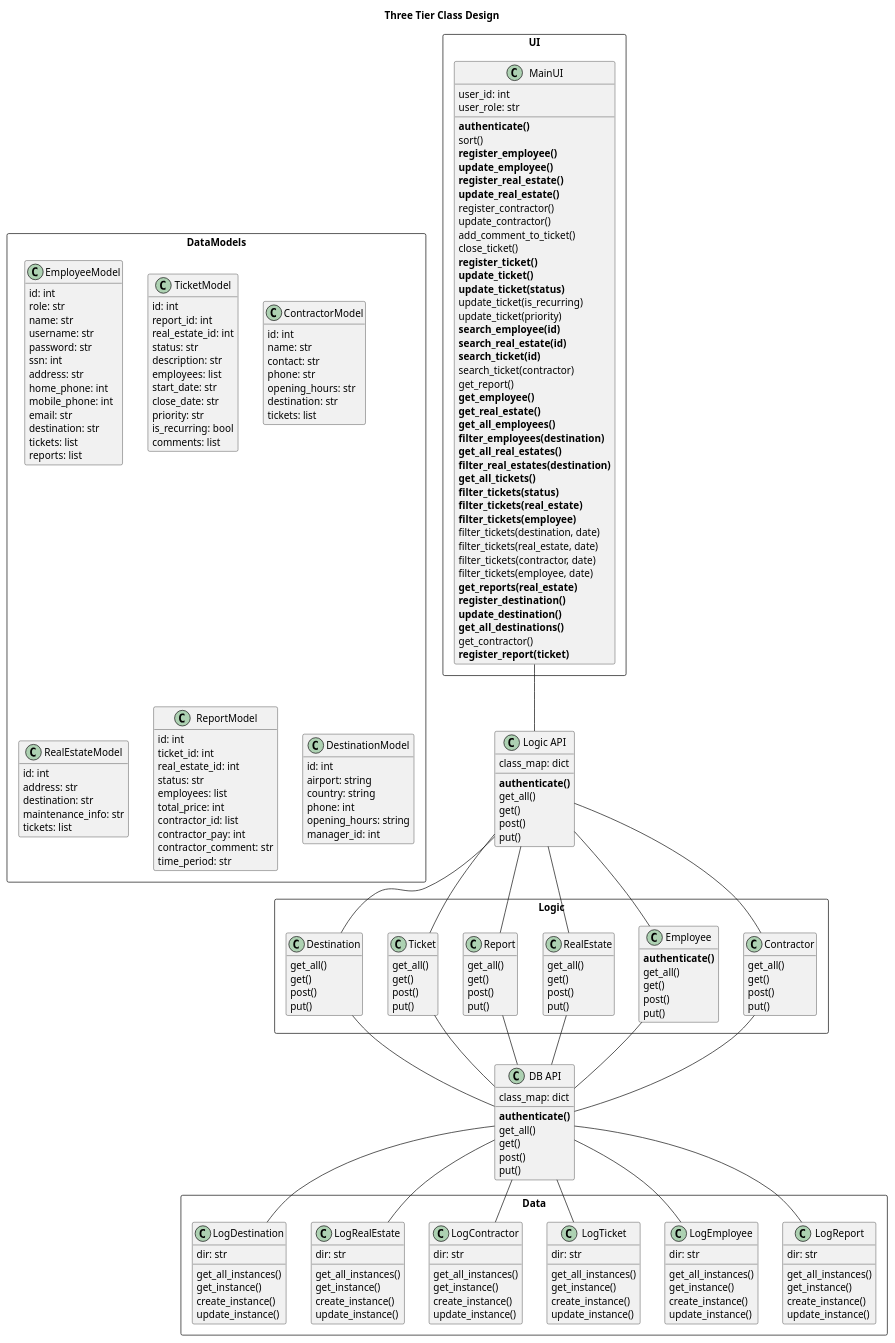
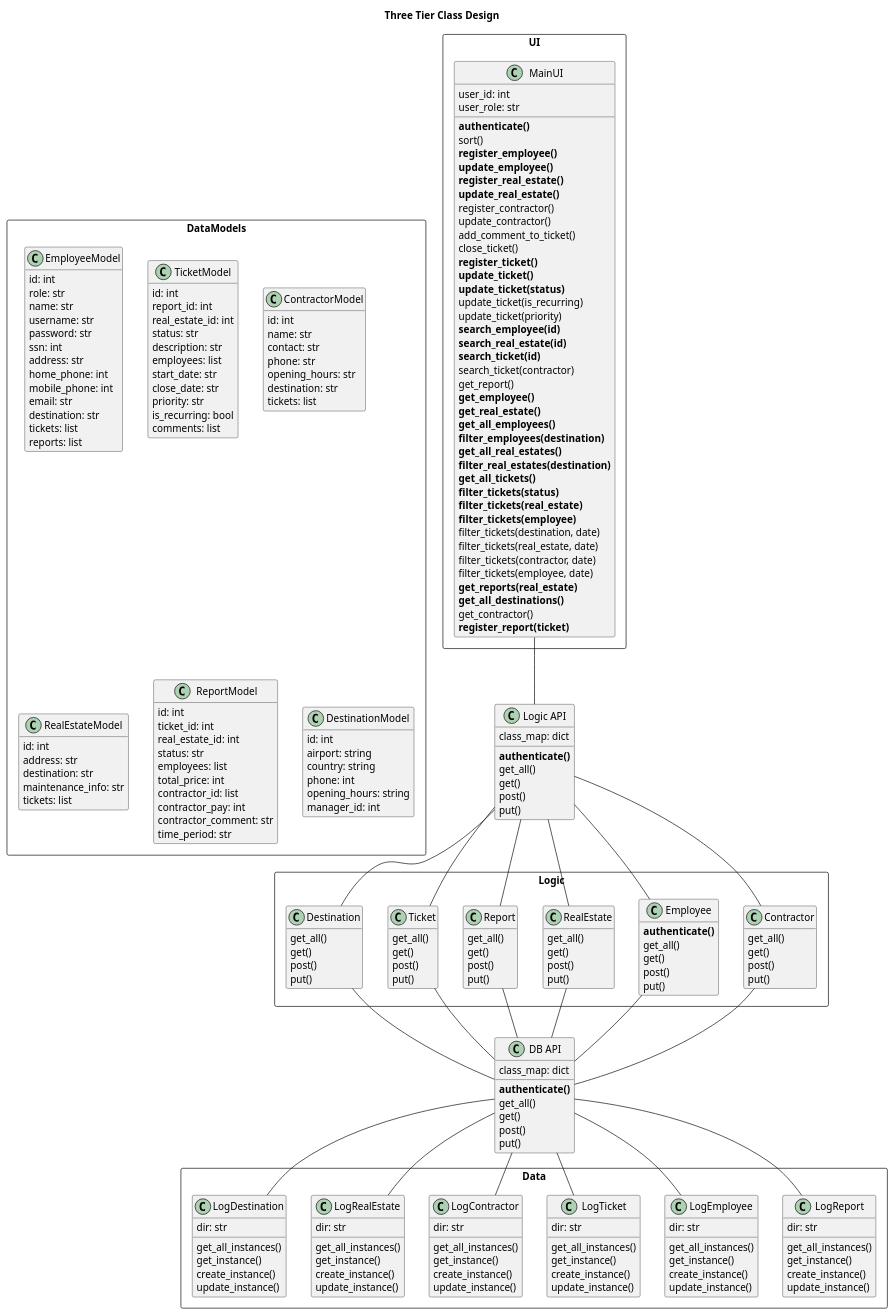
One commit to unnar19/pepsi-max changed the diagram in design/class_diagrams/three_tier_II.puml. Above: the diagram before and after it, drawn with PlantUML. The commit also changed 1 other file, not shown here.

```diff
--- a/design/class_diagrams/three_tier_II.puml
+++ b/design/class_diagrams/three_tier_II.puml
@@ -45,8 +45,6 @@
         filter_tickets(contractor, date)
         filter_tickets(employee, date)
         **get_reports(real_estate)**
-        **register_destination()**
-        **update_destination()**
         **get_all_destinations()**
         get_contractor()
         **register_report(ticket)**
```
